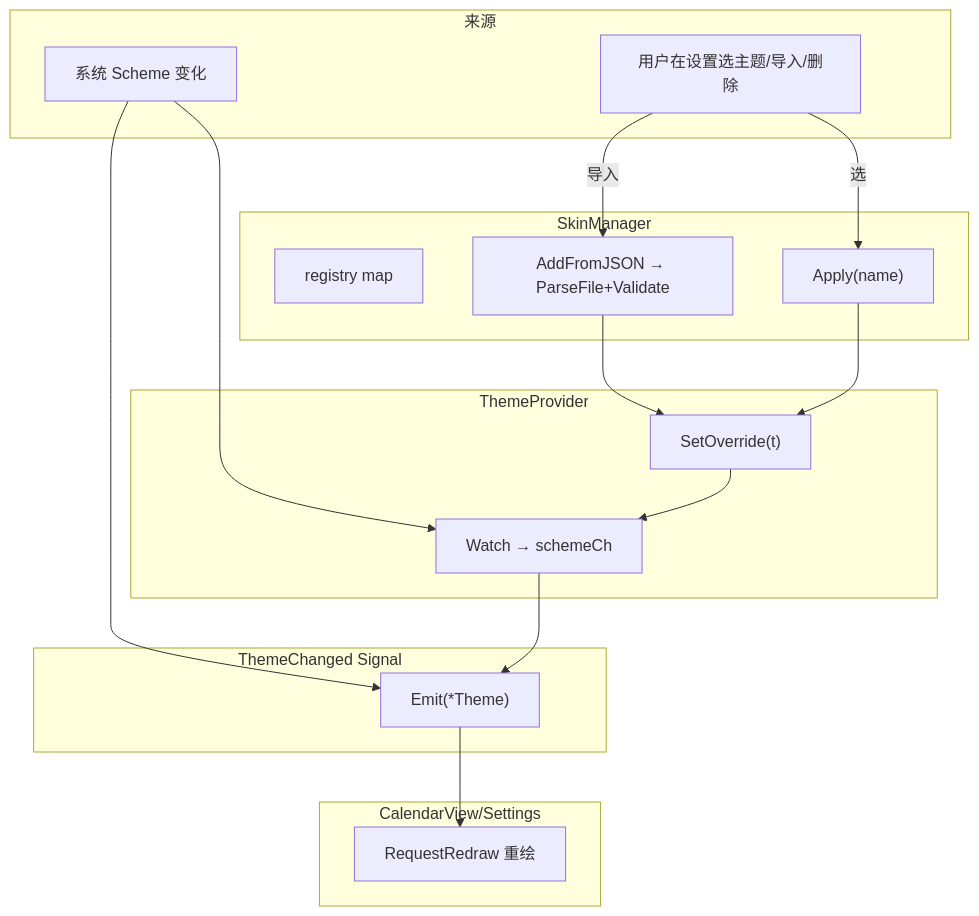
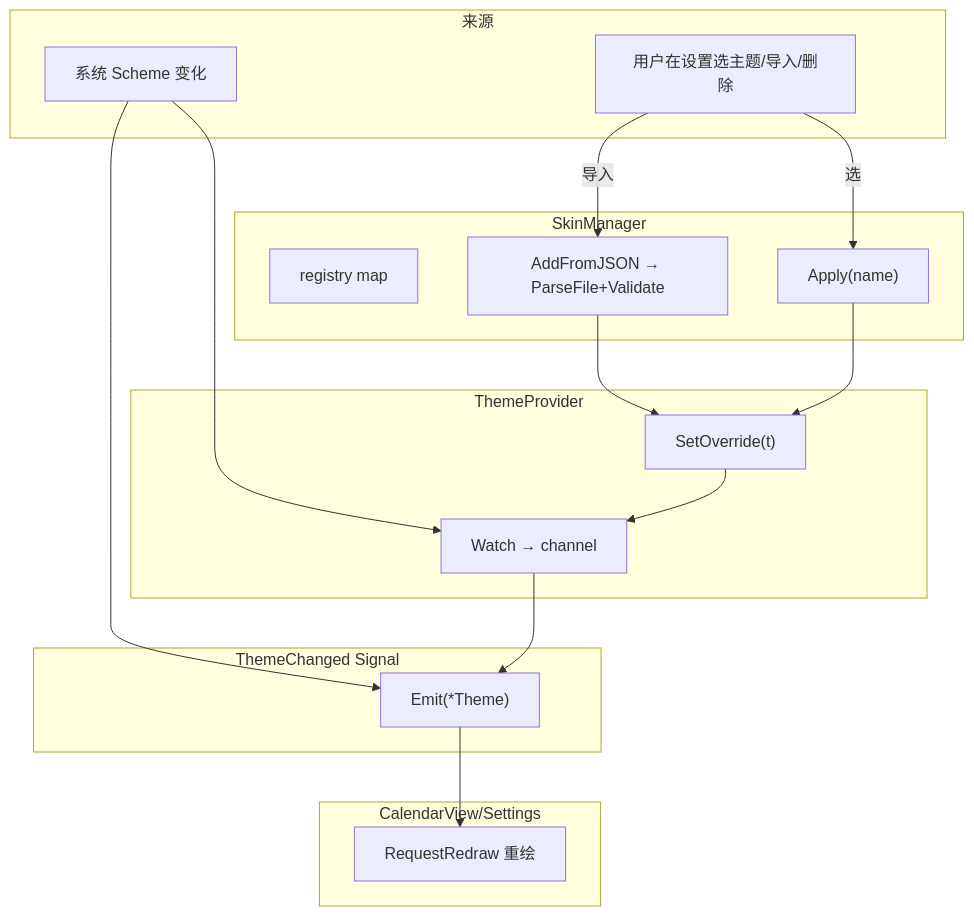
The second of 4 diagrams in docs/40-Theme/Skin.md (shaolei/DeskCalendar), drawn with Mermaid before and after one commit. The commit also changed 7 other files, not shown here.

````diff
--- a/docs/40-Theme/Skin.md
+++ b/docs/40-Theme/Skin.md
@@ -70,32 +70,32 @@
 ```mermaid
 flowchart TB
     subgraph SRC["来源"]
         SYS["系统 Scheme 变化"]
         USR["用户在设置选主题/导入/删除"]
     end
     subgraph SK["SkinManager"]
         REG["registry map"]
         AP["Apply(name)"]
         LJ["AddFromJSON → ParseFile+Validate"]
     end
     subgraph PR["ThemeProvider"]
         OV["SetOverride(t)"]
-        WC["Watch → schemeCh"]
+        WC["Watch → channel"]
     end
     subgraph SIG["ThemeChanged Signal"]
         EM["Emit(*Theme)"]
     end
     subgraph UI["CalendarView/Settings"]
         RD["RequestRedraw 重绘"]
     end
 
     SYS --> WC
     USR -->|选| AP
     USR -->|导入| LJ
     AP --> OV
     LJ --> OV
     OV --> WC
     WC --> EM
     SYS --> EM
     EM --> RD
 ```
````
